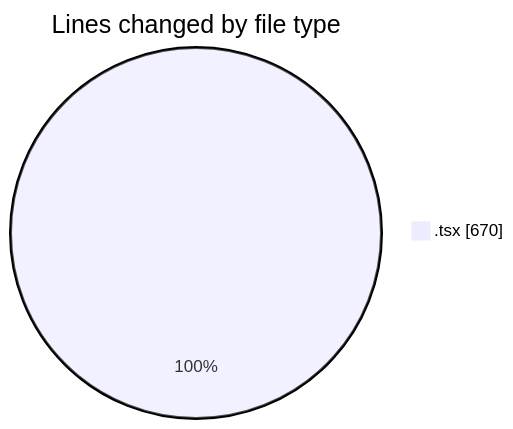
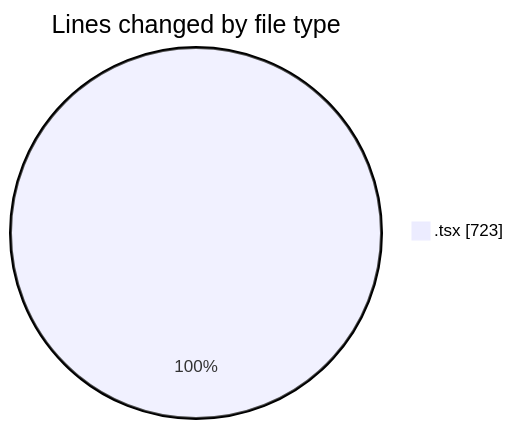
One commit to nxtqubesakshisongat/code-tracking changed the first of 2 diagrams in 2026-07-12/nxtqube_webapp/README.md. Above: the diagram before and after it, drawn with Mermaid. The commit also changed other lines of this file and 1 other file, not shown here.

````diff
--- a/2026-07-12/nxtqube_webapp/README.md
+++ b/2026-07-12/nxtqube_webapp/README.md
@@ -23,5 +24,5 @@
 ```mermaid
 pie showData
 title Lines changed by file type
-".tsx" : 670
+".tsx" : 723
 ```
````
